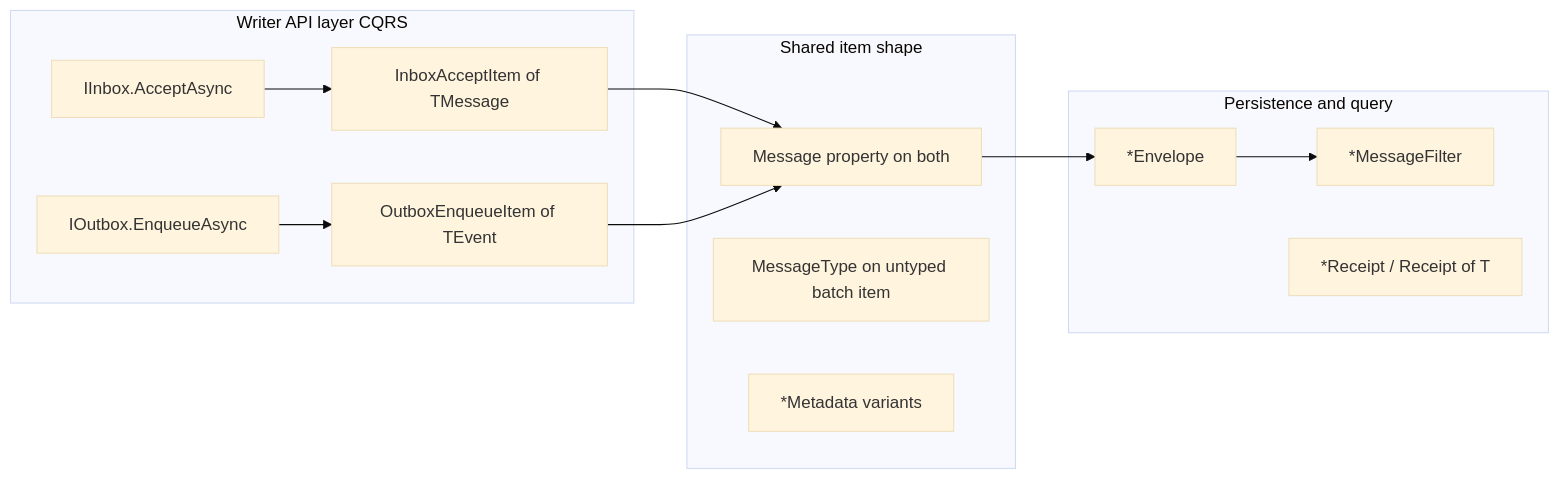
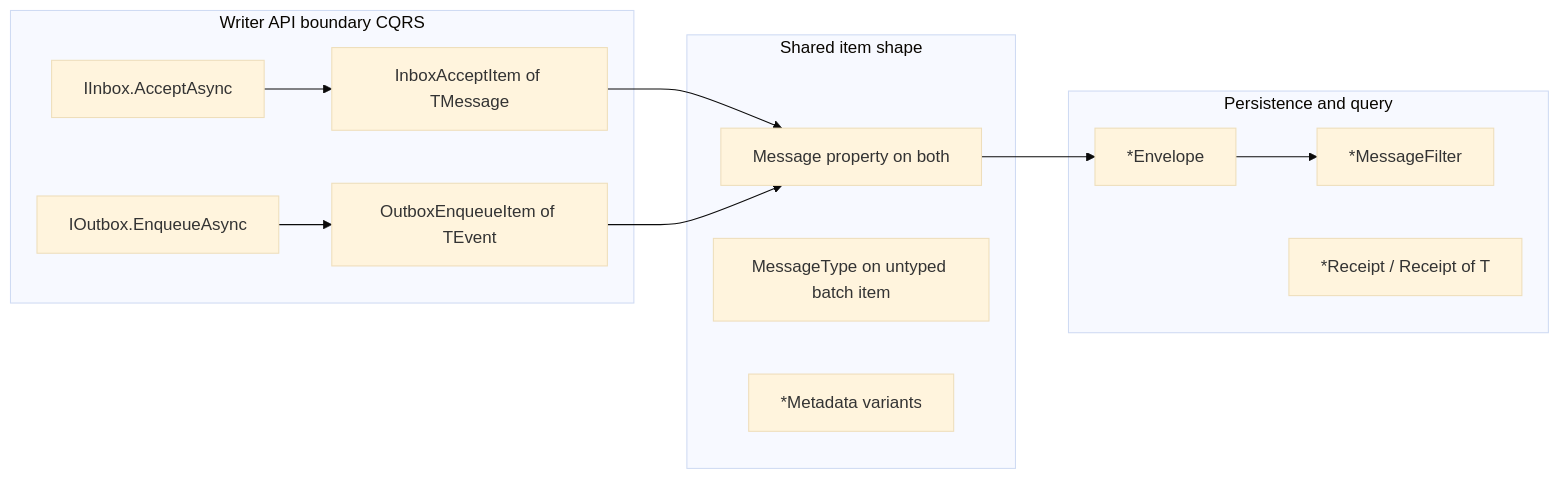
The diagram in docs/architecture/api-design.md (litenova/LiteBus), drawn with Mermaid (base theme) before and after one commit. The commit also changed other lines of this file and 109 other files, not shown here.

````diff
--- a/docs/architecture/api-design.md
+++ b/docs/architecture/api-design.md
@@ -51,23 +51,23 @@
 ```mermaid
 flowchart LR
-  subgraph writerAPI [Writer API layer CQRS]
+  subgraph writerAPI [Writer API boundary CQRS]
     InboxAccept["IInbox.AcceptAsync"]
     OutboxEnqueue["IOutbox.EnqueueAsync"]
     TMessage["InboxAcceptItem of TMessage"]
     TEvent["OutboxEnqueueItem of TEvent"]
   end
   subgraph itemShape [Shared item shape]
     MessageProp["Message property on both"]
     MessageType["MessageType on untyped batch item"]
     Metadata["*Metadata variants"]
   end
   subgraph persistence [Persistence and query]
     Envelope["*Envelope"]
     Filter["*MessageFilter"]
     Receipt["*Receipt / Receipt of T"]
   end
   InboxAccept --> TMessage --> MessageProp
   OutboxEnqueue --> TEvent --> MessageProp
   MessageProp --> Envelope
   Envelope --> Filter
 ```
````
